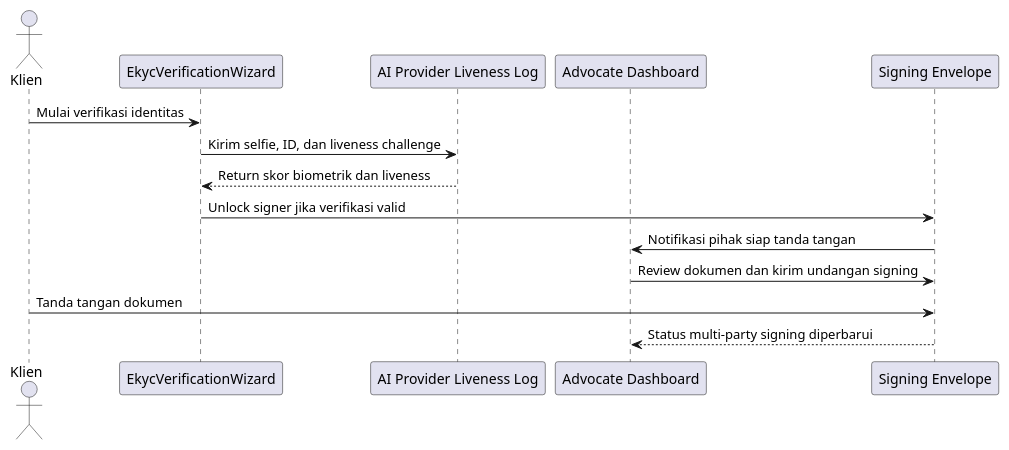
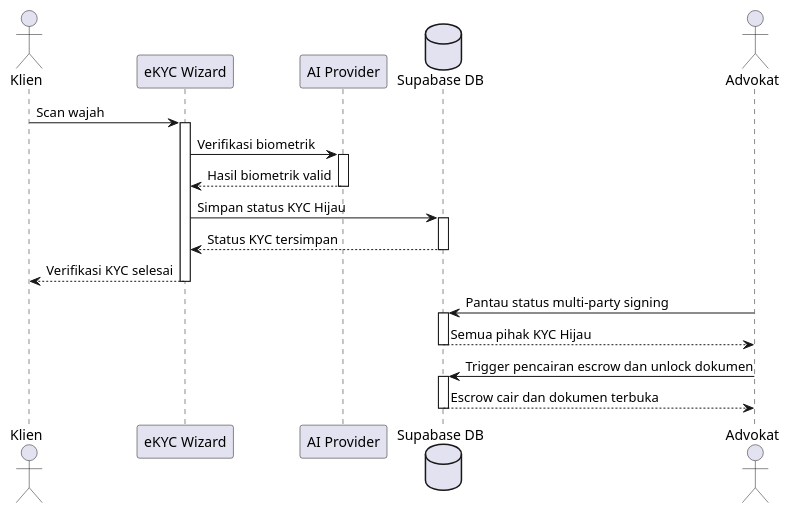
Before and after one commit to tupperwureism/SuperApp-Gagal: the second of 2 diagrams in MarkDown/PHASE_2_USE_CASES_AND_DIAGRAMS.md, drawn with PlantUML. The commit also changed other lines of this file, not shown here.

Commit message:
docs(phase2): revise plantuml sequence diagrams with human actors and activation bars

````diff
--- a/MarkDown/PHASE_2_USE_CASES_AND_DIAGRAMS.md
+++ b/MarkDown/PHASE_2_USE_CASES_AND_DIAGRAMS.md
@@ -45,18 +58,32 @@
 ```plantuml
 @startuml
 actor Klien
-participant "EkycVerificationWizard" as EkycVerificationWizard
-participant "AI Provider Liveness Log" as AIProvider
-participant "Advocate Dashboard" as AdvocateDashboard
-participant "Signing Envelope" as SigningEnvelope
+participant "eKYC Wizard" as UI
+participant "AI Provider" as AI
+database "Supabase DB" as DB
+actor Advokat
 
-Klien -> EkycVerificationWizard: Mulai verifikasi identitas
-EkycVerificationWizard -> AIProvider: Kirim selfie, ID, dan liveness challenge
-AIProvider --> EkycVerificationWizard: Return skor biometrik dan liveness
-EkycVerificationWizard -> SigningEnvelope: Unlock signer jika verifikasi valid
-SigningEnvelope -> AdvocateDashboard: Notifikasi pihak siap tanda tangan
-AdvocateDashboard -> SigningEnvelope: Review dokumen dan kirim undangan signing
-Klien -> SigningEnvelope: Tanda tangan dokumen
-SigningEnvelope --> AdvocateDashboard: Status multi-party signing diperbarui
+Klien -> UI: Scan wajah
+activate UI
+UI -> AI: Verifikasi biometrik
+activate AI
+AI --> UI: Hasil biometrik valid
+deactivate AI
+UI -> DB: Simpan status KYC Hijau
+activate DB
+DB --> UI: Status KYC tersimpan
+deactivate DB
+UI --> Klien: Verifikasi KYC selesai
+deactivate UI
+
+Advokat -> DB: Pantau status multi-party signing
+activate DB
+DB --> Advokat: Semua pihak KYC Hijau
+deactivate DB
+
+Advokat -> DB: Trigger pencairan escrow dan unlock dokumen
+activate DB
+DB --> Advokat: Escrow cair dan dokumen terbuka
+deactivate DB
 @enduml
 ```
````
